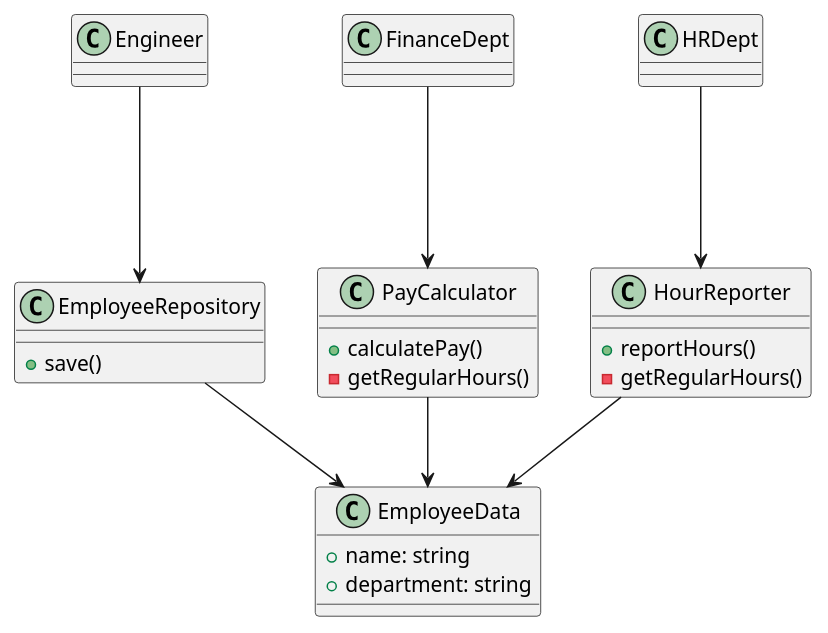
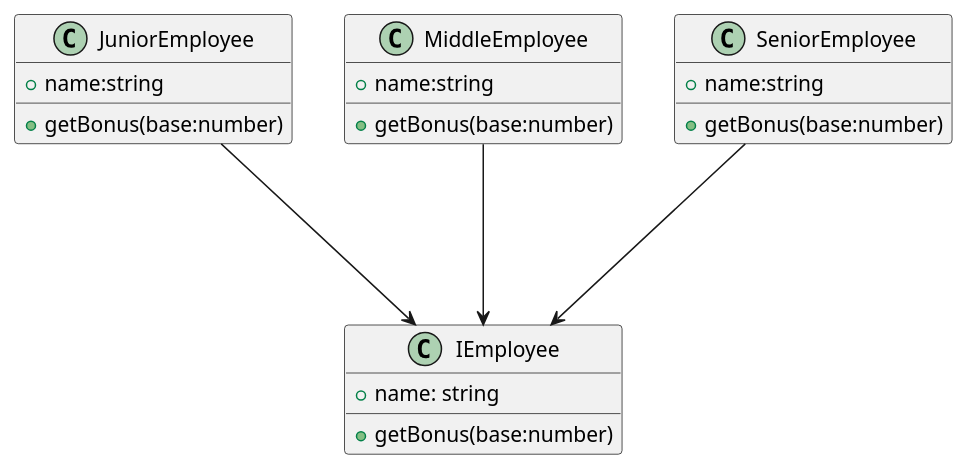
Before and after one commit to oshou/design-pattern: the diagram in SOLID/OCP/good.pu, drawn with PlantUML. The commit also changed 3 other files, not shown here.

```diff
--- a/SOLID/OCP/good.pu
+++ b/SOLID/OCP/good.pu
@@ -1,35 +1,27 @@
 @startuml
-class EmployeeData {
+
+class IEmployee {
   +name: string
-  +department: string
+  +getBonus(base:number)
 }
 
-class EmployeeRepository {
-  +save()
+class JuniorEmployee {
+  +name:string
+  +getBonus(base:number)
 }
 
-class PayCalculator {
-  +calculatePay()
-  -getRegularHours()
+class MiddleEmployee {
+  +name:string
+  +getBonus(base:number)
 }
 
-class HourReporter {
-  +reportHours()
-  -getRegularHours()
+class SeniorEmployee {
+  +name:string
+  +getBonus(base:number)
 }
 
-class Engineer {}
-
-class HRDept{}
-
-class FinanceDept{}
-
-Engineer ---> EmployeeRepository
-HRDept ---> HourReporter
-FinanceDept ---> PayCalculator
-
-EmployeeRepository --> EmployeeData
-HourReporter --> EmployeeData
-PayCalculator --> EmployeeData
+JuniorEmployee ---> IEmployee
+MiddleEmployee ---> IEmployee
+SeniorEmployee ---> IEmployee
 
 @enduml
```
